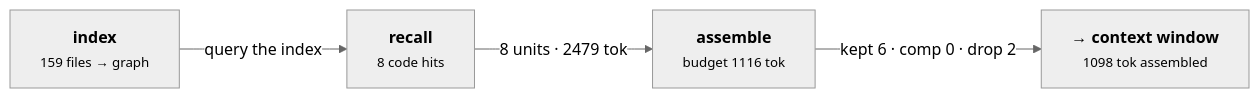
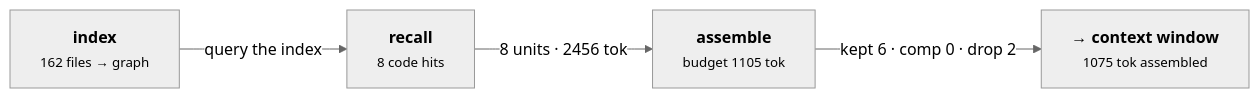
Before and after one commit to hamr0/litectx: the diagram in examples/contextgraph/contextgraph.md, drawn with Mermaid (neutral theme). The commit also changed 22 other files, not shown here.

````diff
--- a/examples/contextgraph/contextgraph.md
+++ b/examples/contextgraph/contextgraph.md
@@ -3,10 +3,10 @@
 ```mermaid
 flowchart LR
-  n0["<b>index</b><br/><small>159 files → graph</small>"]
+  n0["<b>index</b><br/><small>162 files → graph</small>"]
   n1["<b>recall</b><br/><small>8 code hits</small>"]
-  n2["<b>assemble</b><br/><small>budget 1116 tok</small>"]
-  n3["<b>→ context window</b><br/><small>1098 tok assembled</small>"]
+  n2["<b>assemble</b><br/><small>budget 1105 tok</small>"]
+  n3["<b>→ context window</b><br/><small>1075 tok assembled</small>"]
   n0 -->|"query the index"| n1
-  n1 -->|"8 units · 2479 tok"| n2
+  n1 -->|"8 units · 2456 tok"| n2
   n2 -->|"kept 6 · comp 0 · drop 2"| n3
 ```
````
